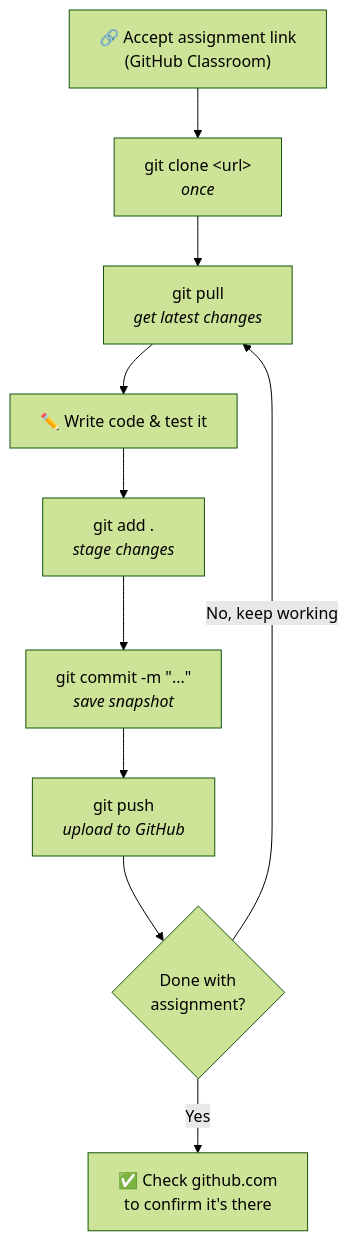
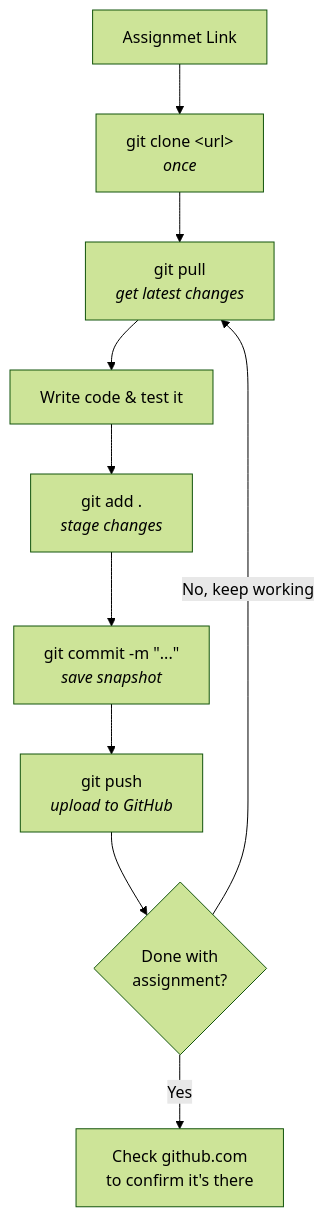
Before and after one commit to anasp07-hue/Github-Guide: the first of 2 diagrams in info-vault/03-clone-commit-pull-push.md, drawn with Mermaid (forest theme). The commit also changed other lines of this file and 7 other files, not shown here.

````diff
--- a/info-vault/03-clone-commit-pull-push.md
+++ b/info-vault/03-clone-commit-pull-push.md
@@ -22,12 +22,12 @@
 ```mermaid
 flowchart TD
-    A["🔗 Accept assignment link<br/>(GitHub Classroom)"] --> B["git clone #lt;url#gt;<br/><i>once</i>"]
+    A["Assignmet Link"] --> B["git clone #lt;url#gt;<br/><i>once</i>"]
     B --> C["git pull<br/><i>get latest changes</i>"]
-    C --> D["✏️ Write code & test it"]
+    C --> D["Write code & test it"]
     D --> E["git add .<br/><i>stage changes</i>"]
     E --> F["git commit -m #quot;...#quot;<br/><i>save snapshot</i>"]
     F --> G["git push<br/><i>upload to GitHub</i>"]
     G --> H{"Done with<br/>assignment?"}
     H -- "No, keep working" --> C
-    H -- "Yes" --> I["✅ Check github.com<br/>to confirm it's there"]
+    H -- "Yes" --> I["Check github.com<br/>to confirm it's there"]
 ```
````
